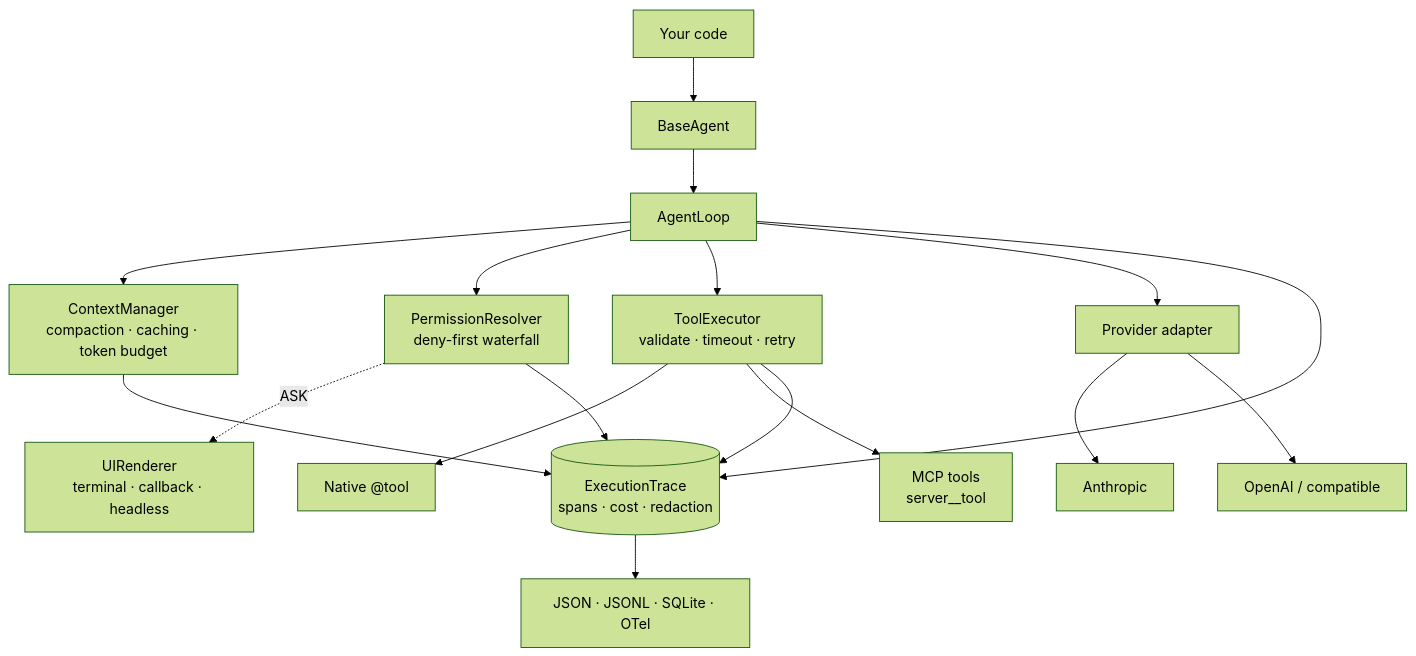
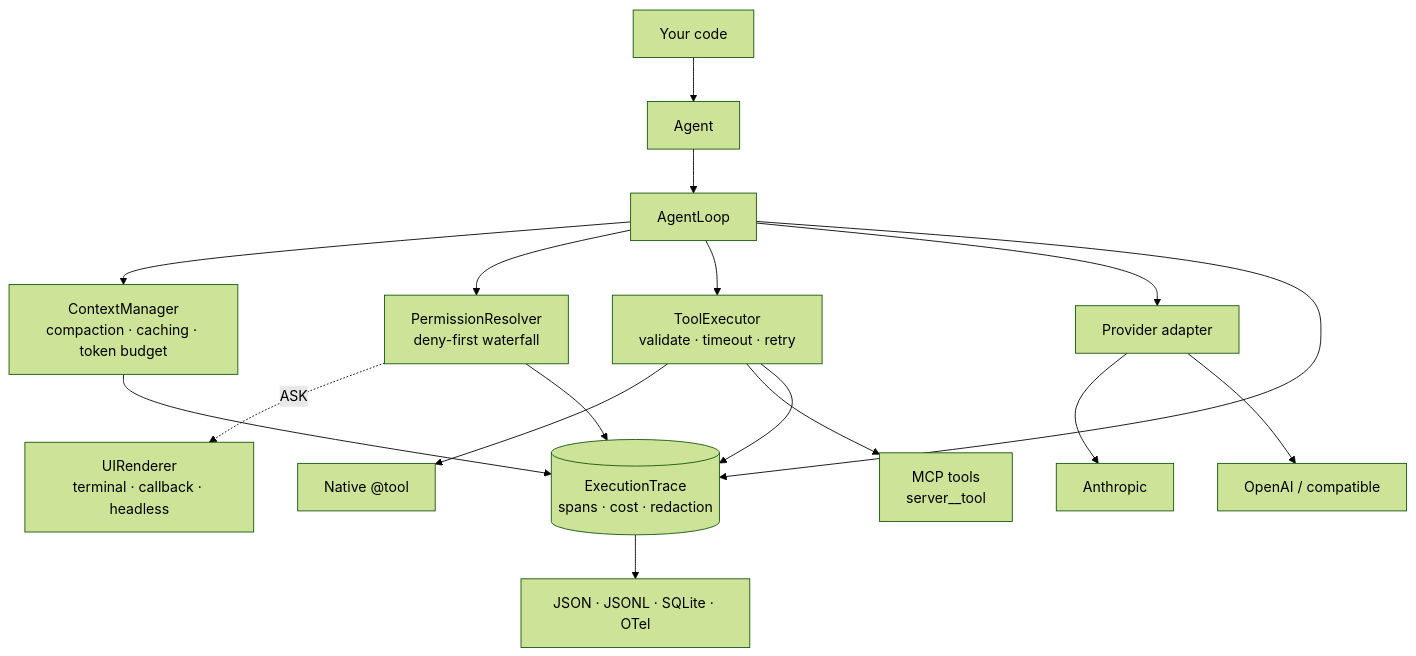
One commit to OzgurrOzcan/Agent-Framework changed the diagram in README.md. Above: the diagram before and after it, drawn with Mermaid (forest theme). The commit also changed other lines of this file and 3 other files, not shown here.

````diff
--- a/README.md
+++ b/README.md
@@ -386,22 +421,22 @@
 ```mermaid
 flowchart TD
-    U[Your code] --> A[BaseAgent]
+    U[Your code] --> A[Agent]
     A --> L[AgentLoop]
 
     L --> CM[ContextManager<br/>compaction · caching · token budget]
     L --> P[PermissionResolver<br/>deny-first waterfall]
     L --> E[ToolExecutor<br/>validate · timeout · retry]
     L --> AD[Provider adapter]
 
     P -.ASK.-> R[UIRenderer<br/>terminal · callback · headless]
     E --> NT[Native @tool]
     E --> MT[MCP tools<br/>server__tool]
     AD --> AN[Anthropic]
     AD --> OA[OpenAI / compatible]
 
     L --> T[(ExecutionTrace<br/>spans · cost · redaction)]
     CM --> T
     P --> T
     E --> T
     T --> X[JSON · JSONL · SQLite · OTel]
 ```
````
